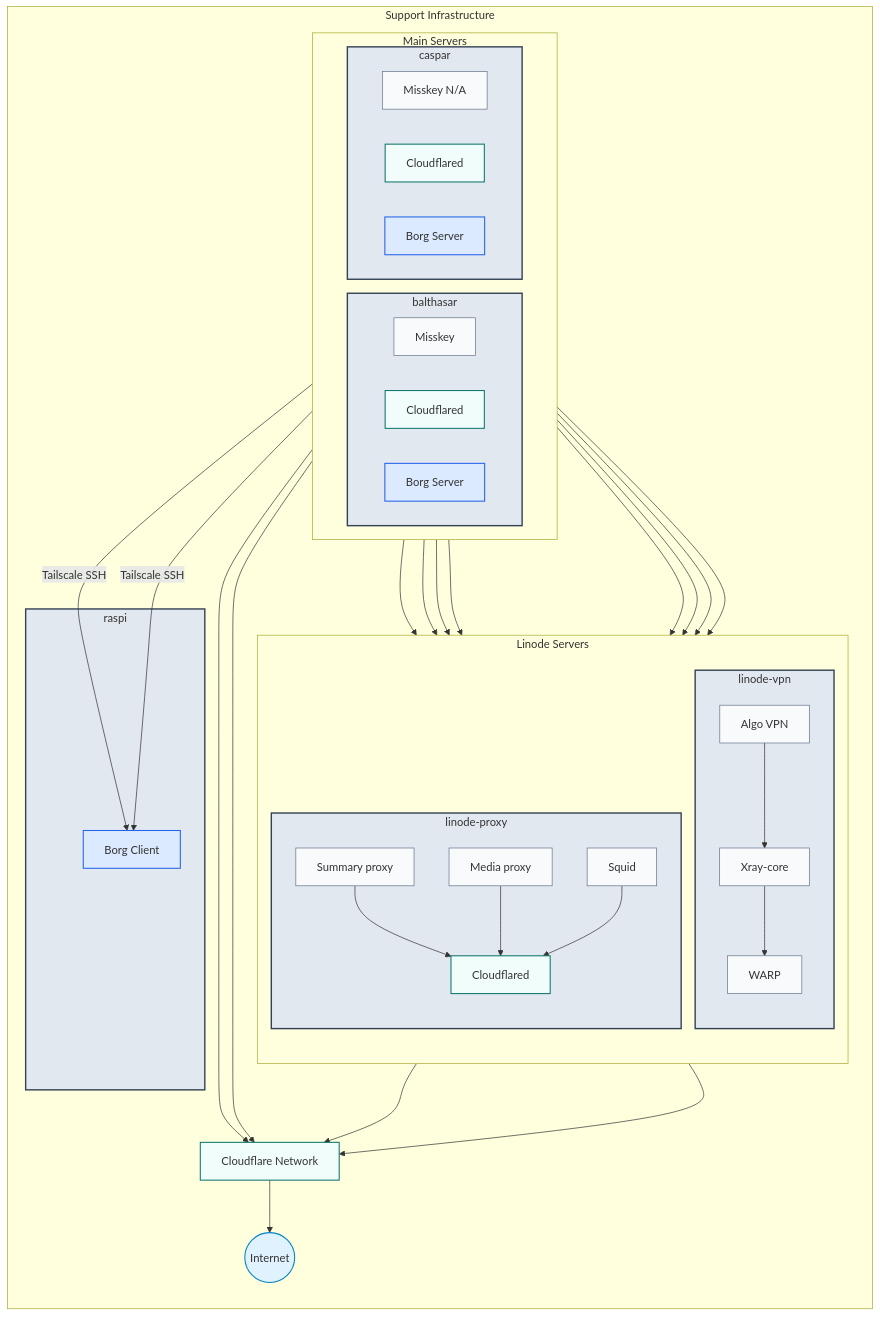
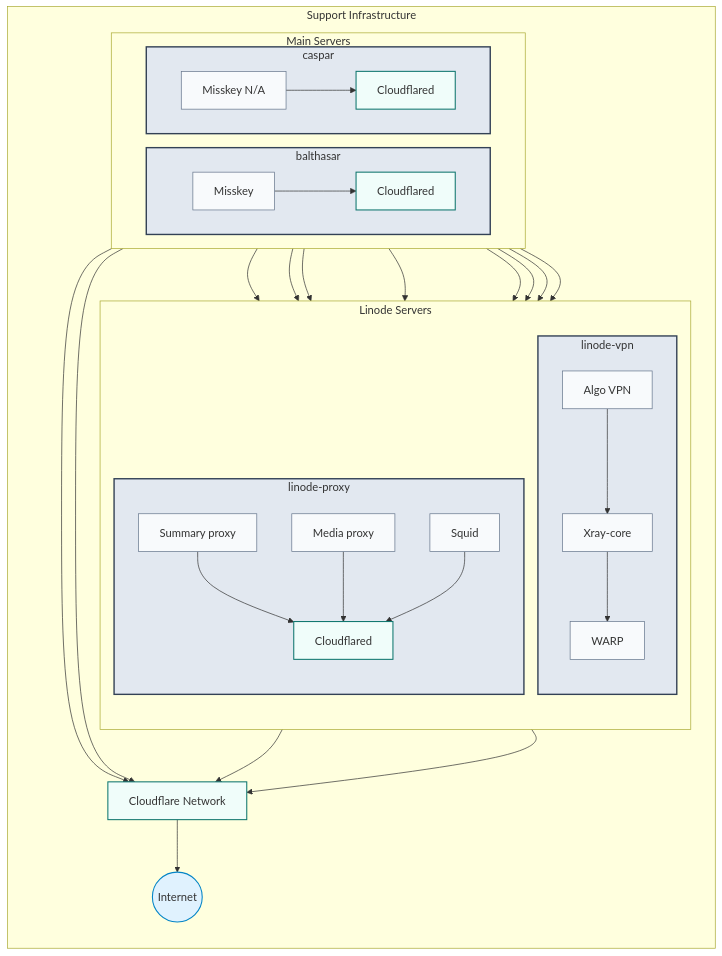
One commit to yamisskey-dev/hosted-list changed the third of 3 diagrams in README.md. Above: the diagram before and after it, drawn with Mermaid. The commit also changed other lines of this file, not shown here.

````diff
--- a/README.md
+++ b/README.md
@@ -113,13 +170,9 @@
 %% Style definitions
 classDef homeServer fill:#e2e8f0,stroke:#334155,stroke-width:2px
 classDef service fill:#f8fafc,stroke:#64748b,stroke-width:1px
-classDef monitoring fill:#d1fae5,stroke:#047857,stroke-width:1px
 classDef security fill:#fee2e2,stroke:#991b1b,stroke-width:1px
-classDef common fill:#fef3c7,stroke:#b45309,stroke-width:1px,font-style:italic
 classDef cloudflare fill:#f0fdfa,stroke:#0f766e,stroke-width:1.5px
 classDef internet fill:#e0f2fe,stroke:#0284c7,stroke-width:1.5px
-classDef backup fill:#dbeafe,stroke:#2563eb,stroke-width:1.5px
-
 %% Support Infrastructure with connections to main servers
 subgraph support[Support Infrastructure]
     direction TB
@@ -141,11 +194,6 @@
         end
     end
     
-    %% Borg backup server with improved details
-    subgraph raspi[raspi]
-        borg_client[Borg Client]:::backup
-    end
-    
     %% Main server references with their social services
     subgraph main_servers[Main Servers]
         direction LR
@@ -153,13 +201,11 @@
         subgraph balthasar[balthasar]
             yamisskey[Misskey]:::service
             cloudflared_b[Cloudflared]:::cloudflare
-            borg_b[Borg Server]:::backup
         end
         
         subgraph caspar[caspar]
             nayamisskey[Misskey N/A]:::service
             cloudflared_c[Cloudflared]:::cloudflare
-            borg_c[Borg Server]:::backup
         end
     end
     
@@ -167,34 +213,26 @@
     cloudflare_network[Cloudflare Network]:::cloudflare
     internet((Internet)):::internet
 end
-
 %% Connections to proxies
 yamisskey --> summaryproxy & mediaproxy
 yamisskey --> squid
 nayamisskey --> summaryproxy & mediaproxy
 nayamisskey --> squid
-
+%% Direct connections from Misskey to Cloudflared
+yamisskey --> cloudflared_b
+nayamisskey --> cloudflared_c
 %% VPN traffic flow
 balthasar & caspar --> algo --> xray --> warp
-
-%% Backup connections - improved with SSH details
-borg_b -- "Tailscale SSH" --> borg_client
-borg_c -- "Tailscale SSH" --> borg_client
-
 %% Cloudflare connections
 cloudflared_b & cloudflared_c --> cloudflare_network
 cloudflared_proxy --> cloudflare_network
 cloudflare_network --> internet
-
 %% Proxy service connections to Cloudflared
 summaryproxy & mediaproxy & squid --> cloudflared_proxy
-
 %% WARP goes through Cloudflare Network
 warp --> cloudflare_network
-
 %% Apply styles
-class balthasar,caspar,vpn,proxy,raspi homeServer
+class balthasar,caspar,vpn,proxy homeServer
 class yamisskey,nayamisskey,algo,xray,warp,summaryproxy,mediaproxy,squid service
 class cloudflared_b,cloudflared_c,cloudflared_proxy,cloudflare_network cloudflare
-class borg_client,borg_b,borg_c backup
 ```
````
